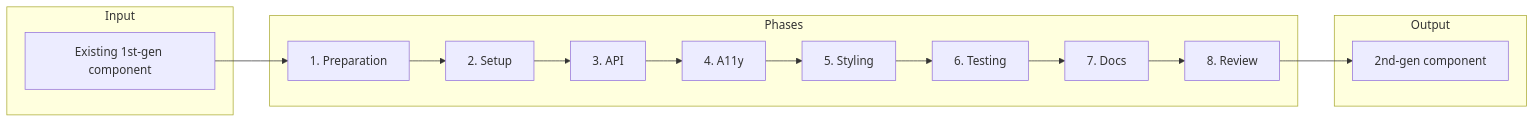
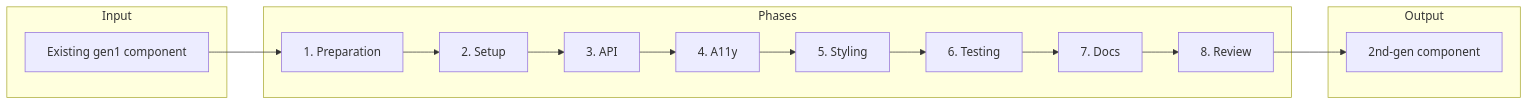
One commit to adobe/spectrum-web-components changed the diagram in CONTRIBUTOR-DOCS/03_project-planning/02_workstreams/02_2nd-gen-component-migration/02_step-by-step/01_washing-machine-workflow.md. Above: the diagram before and after it, drawn with Mermaid. The commit also changed other lines of this file and 281 other files, not shown here.

````diff
--- a/CONTRIBUTOR-DOCS/03_project-planning/02_workstreams/02_2nd-gen-component-migration/02_step-by-step/01_washing-machine-workflow.md
+++ b/CONTRIBUTOR-DOCS/03_project-planning/02_workstreams/02_2nd-gen-component-migration/02_step-by-step/01_washing-machine-workflow.md
@@ -135,20 +135,20 @@
 ```mermaid
 flowchart LR
     subgraph Input
-        A[Existing 1st-gen component]
+        A[Existing gen1 component]
     end
     subgraph Phases
         B[1. Preparation]
         C[2. Setup]
         D[3. API]
         E[4. A11y]
         F[5. Styling]
         G[6. Testing]
         H[7. Docs]
         I[8. Review]
     end
     subgraph Output
         J[2nd-gen component]
     end
     A --> B --> C --> D --> E --> F --> G --> H --> I --> J
 ```
````
